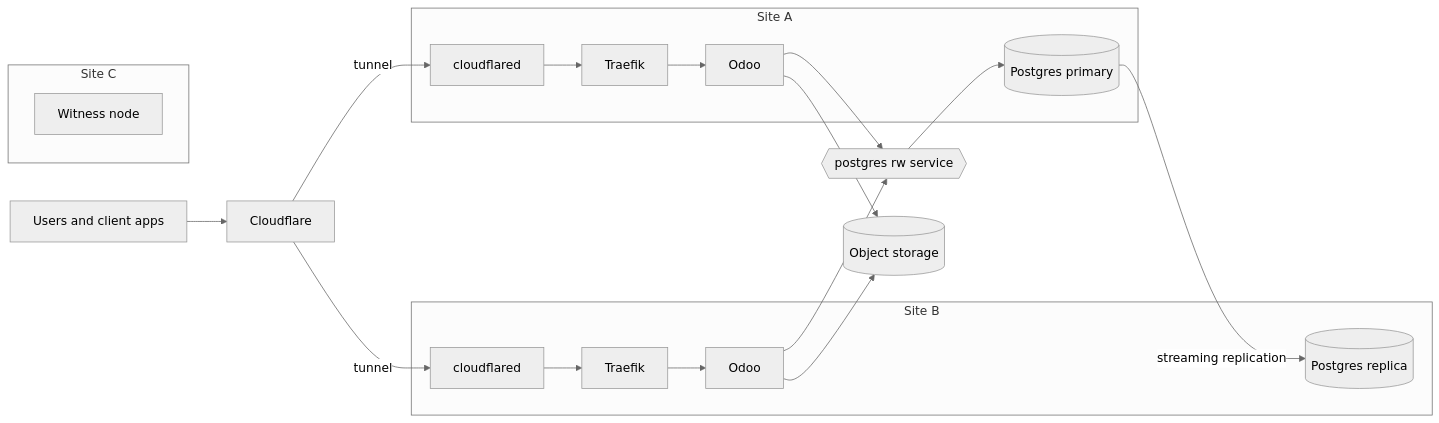
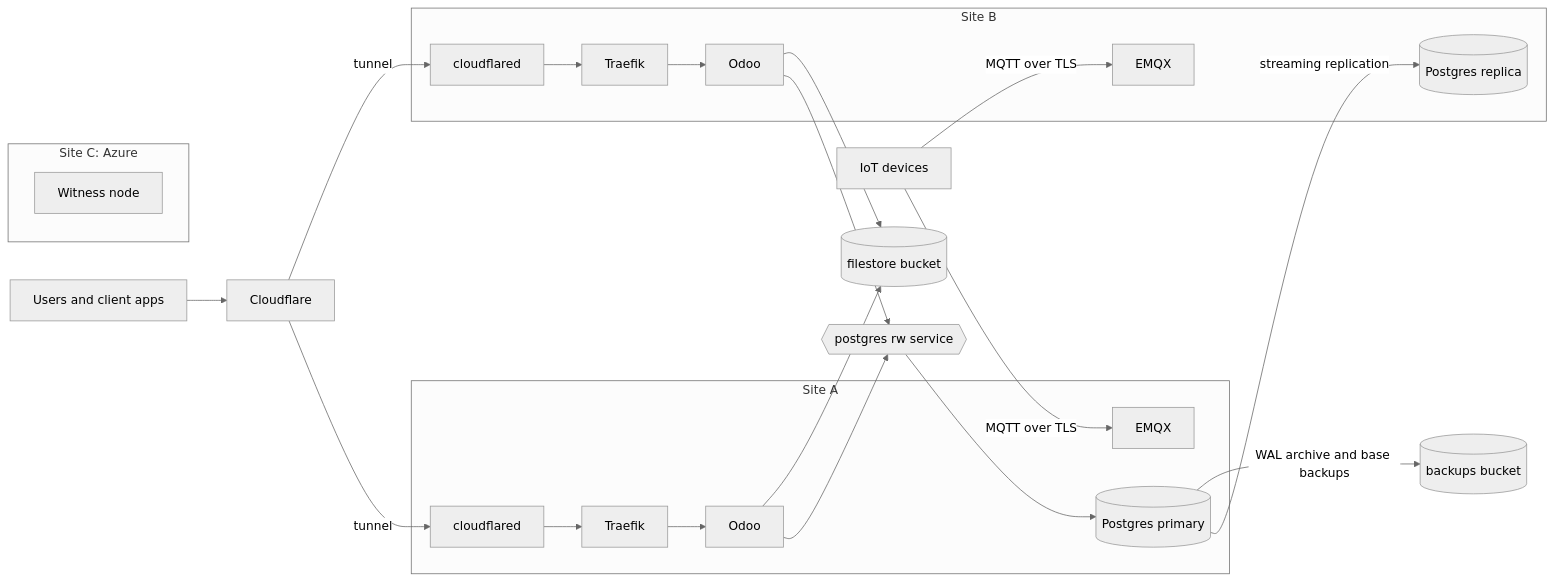
The diagram in docs/infrastructure/architecture.md (SoltuneMontepre/medilab), drawn with Mermaid (neutral theme) before and after one commit. The commit also changed other lines of this file and 6 other files, not shown here.

````diff
--- a/docs/infrastructure/architecture.md
+++ b/docs/infrastructure/architecture.md
@@ -7,27 +7,32 @@
 ```mermaid
 flowchart LR
     user[Users and client apps] --> cf[Cloudflare]
+    device[IoT devices] -- MQTT over TLS --> mqttA
+    device -- MQTT over TLS --> mqttB
     cf -- tunnel --> cfa
     cf -- tunnel --> cfb
 
     subgraph siteA[Site A]
         cfa[cloudflared] --> traefikA[Traefik] --> odooA[Odoo]
+        mqttA[EMQX]
         pgA[(Postgres primary)]
     end
 
     subgraph siteB[Site B]
         cfb[cloudflared] --> traefikB[Traefik] --> odooB[Odoo]
+        mqttB[EMQX]
         pgB[(Postgres replica)]
     end
 
-    subgraph siteC[Site C]
+    subgraph siteC[Site C: Azure]
         witness[Witness node]
     end
 
     odooA --> rw{{postgres rw service}}
     odooB --> rw
     rw --> pgA
     pgA -- streaming replication --> pgB
-    odooA --> s3[(Object storage)]
-    odooB --> s3
+    odooA --> filestore[(filestore bucket)]
+    odooB --> filestore
+    pgA -- WAL archive and base backups --> backups[(backups bucket)]
 ```
````
